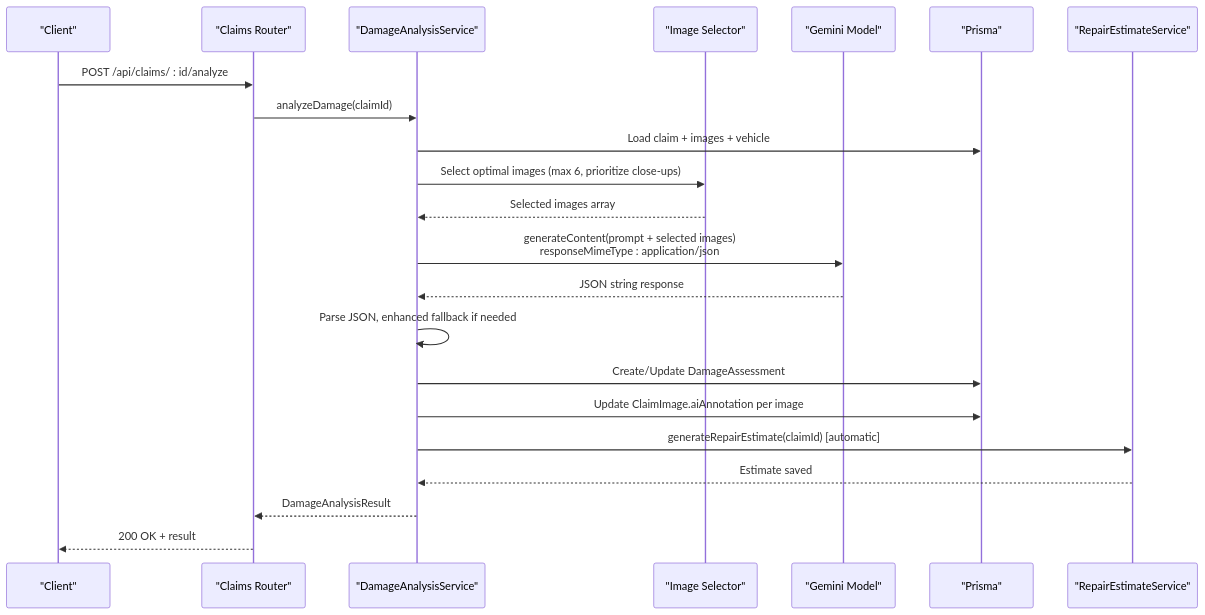
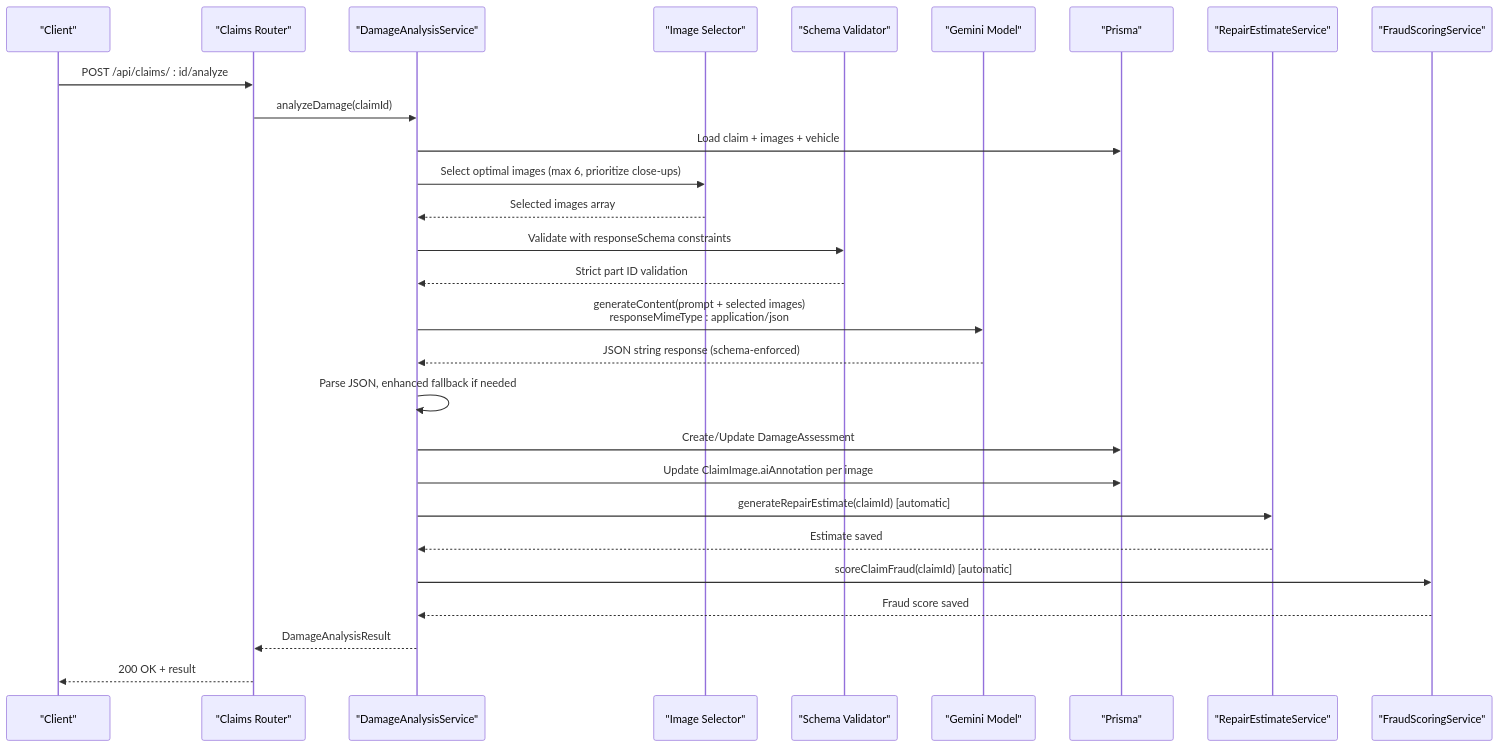
The second of 6 diagrams in .qoder/repowiki/en/content/Backend Documentation/Business Logic & Services/Damage Analysis Service.md (NaveenHiranya/Smart-Vehicle-Insurance-Claim-System), drawn with Mermaid before and after one commit. The commit also changed other lines of this file and 17 other files, not shown here.

Commit message:
feat: Fraud Score

````diff
--- a/.qoder/repowiki/en/content/Backend Documentation/Business Logic & Services/Damage Analysis Service.md
+++ b/.qoder/repowiki/en/content/Backend Documentation/Business Logic & Services/Damage Analysis Service.md
@@ -104,24 +110,30 @@
 ```mermaid
 sequenceDiagram
 participant C as "Client"
 participant R as "Claims Router"
 participant S as "DamageAnalysisService"
 participant IS as "Image Selector"
+participant SV as "Schema Validator"
 participant G as "Gemini Model"
 participant P as "Prisma"
 participant E as "RepairEstimateService"
+participant F as "FraudScoringService"
 C->>R : POST /api/claims/ : id/analyze
 R->>S : analyzeDamage(claimId)
 S->>P : Load claim + images + vehicle
 S->>IS : Select optimal images (max 6, prioritize close-ups)
 IS-->>S : Selected images array
+S->>SV : Validate with responseSchema constraints
+SV-->>S : Strict part ID validation
 S->>G : generateContent(prompt + selected images)<br/>responseMimeType : application/json
-G-->>S : JSON string response
+G-->>S : JSON string response (schema-enforced)
 S->>S : Parse JSON, enhanced fallback if needed
 S->>P : Create/Update DamageAssessment
 S->>P : Update ClaimImage.aiAnnotation per image
 S->>E : generateRepairEstimate(claimId) [automatic]
 E-->>S : Estimate saved
+S->>F : scoreClaimFraud(claimId) [automatic]
+F-->>S : Fraud score saved
 S-->>R : DamageAnalysisResult
 R-->>C : 200 OK + result
 ```
````
